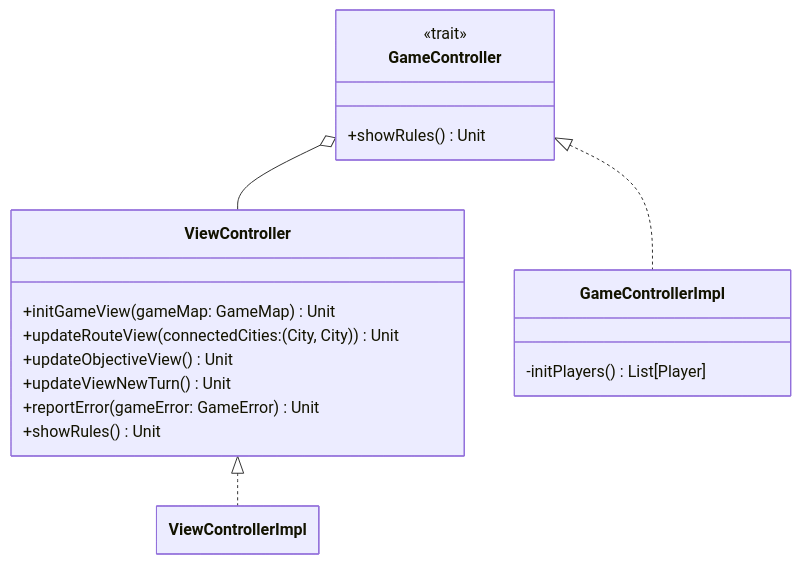
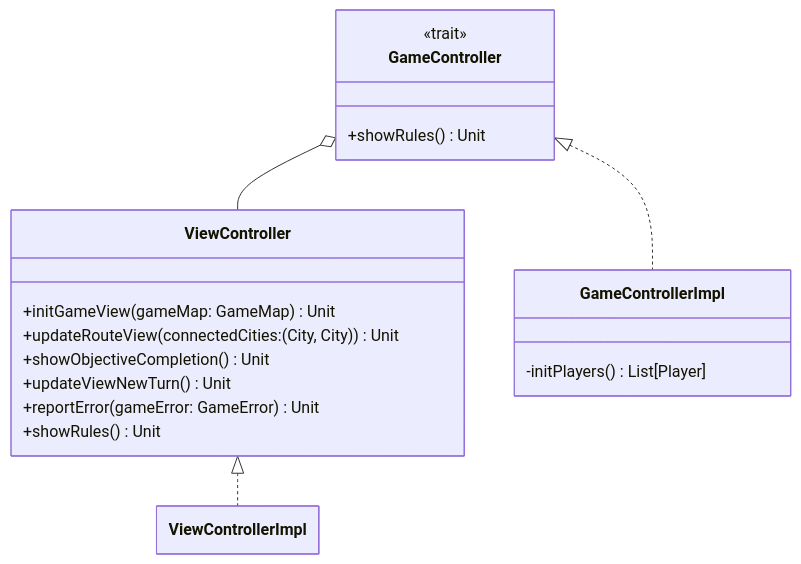
One commit to FilippoPracucci/PPS-24-ttr-scala changed the diagram in docs/report/impl/controller.md. Above: the diagram before and after it, drawn with Mermaid. The commit also changed other lines of this file and 5 other files, not shown here.

````diff
--- a/docs/report/impl/controller.md
+++ b/docs/report/impl/controller.md
@@ -11,26 +11,26 @@
 ```mermaid
 ---
 config:
   class:
     hideEmptyMembersBox: true
 ---
 classDiagram
     GameController o-- ViewController
     GameController <|.. GameControllerImpl
     ViewController <|.. ViewControllerImpl
     class GameController {
         <<trait>>
         +showRules() Unit
     }
     class GameControllerImpl {
         -initPlayers() List[Player]
     }
     class ViewController {
         +initGameView(gameMap: GameMap) Unit
         +updateRouteView(connectedCities: (City, City)) Unit
-        +updateObjectiveView() Unit
+        +showObjectiveCompletion() Unit
         +updateViewNewTurn() Unit
         +reportError(gameError: GameError) Unit
         +showRules() Unit
     }
 ```
````
